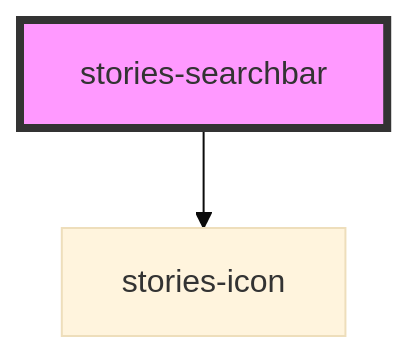
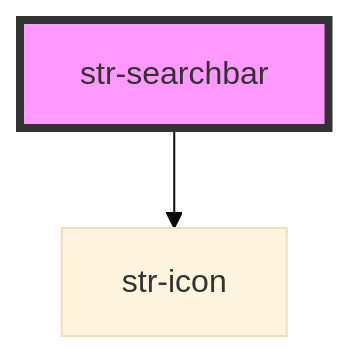
Before and after one commit to storiesjs/stories: the diagram in packages/core/src/components/searchbar/readme.md, drawn with Mermaid (base theme). The commit also changed other lines of this file and 221 other files, not shown here.

Commit message:
Stories prefix rename to str

````diff
--- a/packages/core/src/components/searchbar/readme.md
+++ b/packages/core/src/components/searchbar/readme.md
@@ -86,5 +86,5 @@
 ```mermaid
 graph TD;
-  stories-searchbar --> stories-icon
-  style stories-searchbar fill:#f9f,stroke:#333,stroke-width:4px
+  str-searchbar --> str-icon
+  style str-searchbar fill:#f9f,stroke:#333,stroke-width:4px
 ```
````
